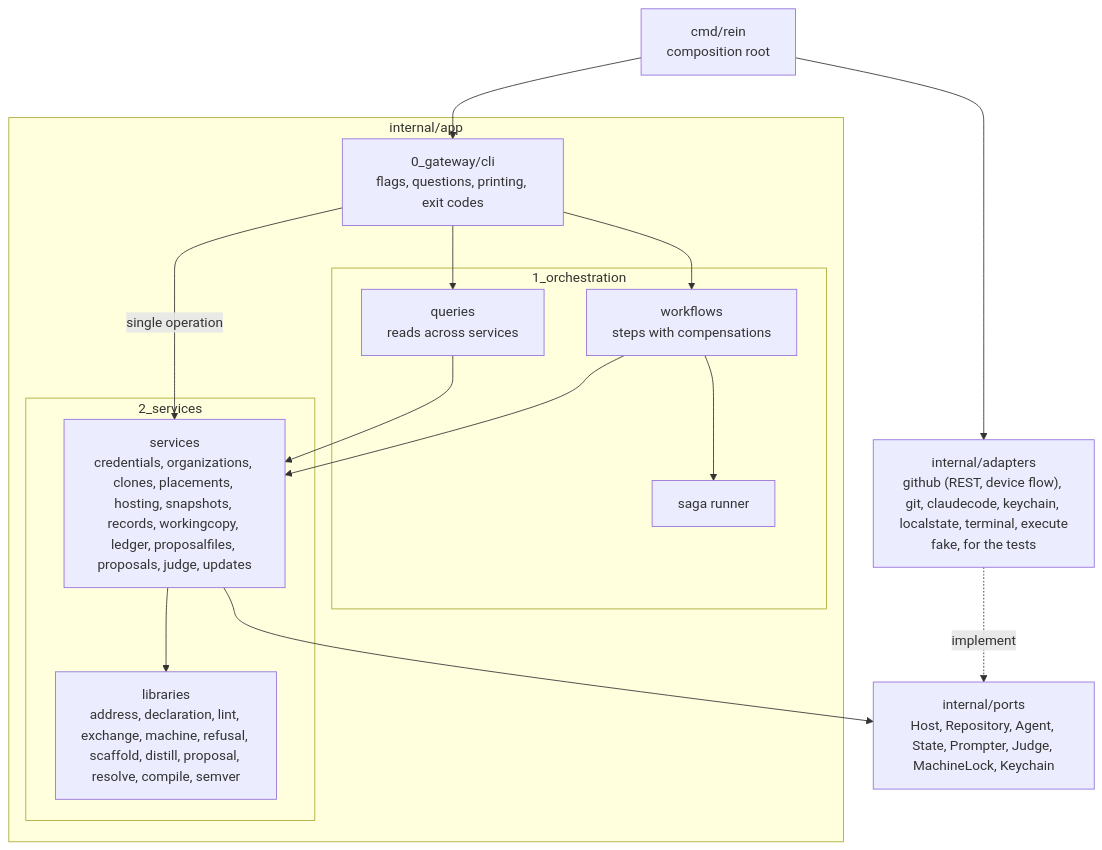
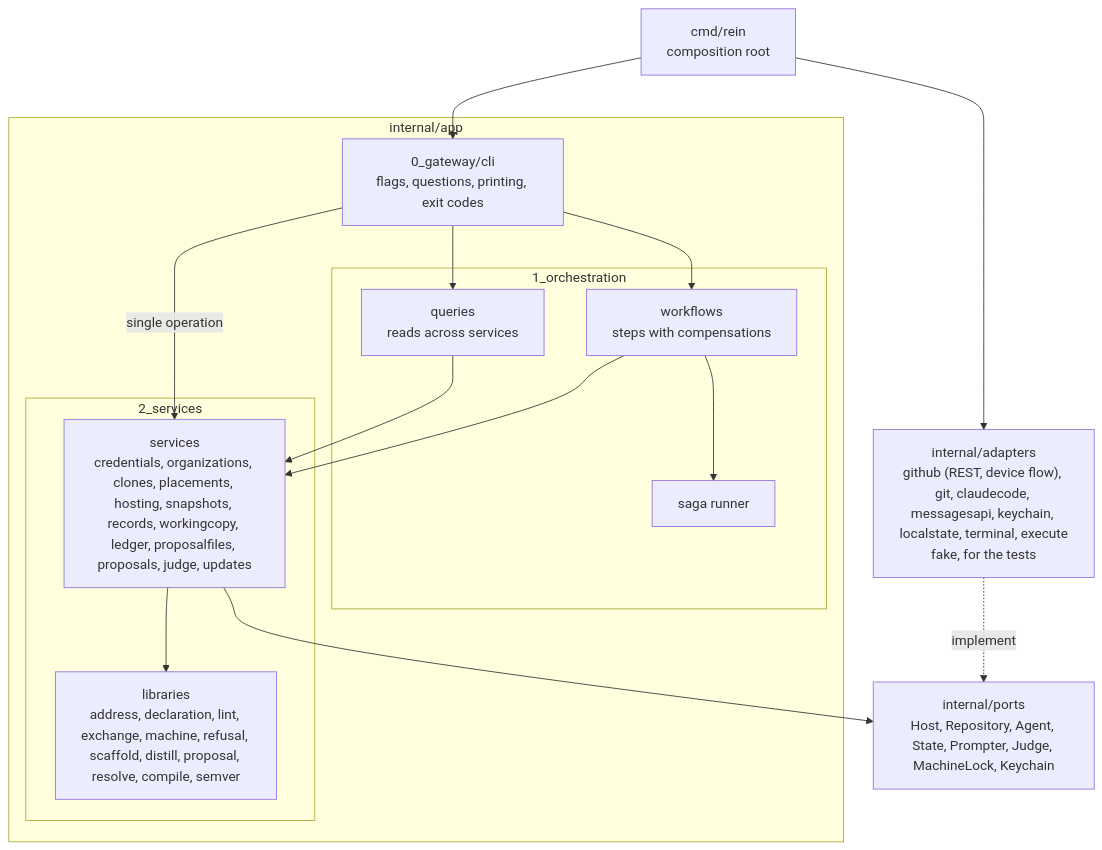
One commit to Danidani23/agents-rein changed the diagram in docs/architecture.md. Above: the diagram before and after it, drawn with Mermaid. The commit also changed 17 other files, not shown here.

````diff
--- a/docs/architecture.md
+++ b/docs/architecture.md
@@ -18,30 +18,30 @@
 ```mermaid
 flowchart TB
     main["cmd/rein<br/>composition root"]
     subgraph app["internal/app"]
         gateway["0_gateway/cli<br/>flags, questions, printing, exit codes"]
         subgraph orchestration["1_orchestration"]
             workflows["workflows<br/>steps with compensations"]
             queries["queries<br/>reads across services"]
             runner["saga runner"]
         end
         subgraph services["2_services"]
             svc["services<br/>credentials, organizations, clones, placements, hosting, snapshots, records, workingcopy, ledger, proposalfiles, proposals, judge, updates"]
             libs["libraries<br/>address, declaration, lint, exchange, machine, refusal, scaffold, distill, proposal, resolve, compile, semver"]
         end
     end
     ports["internal/ports<br/>Host, Repository, Agent, State, Prompter, Judge, MachineLock, Keychain"]
-    adapters["internal/adapters<br/>github (REST, device flow), git, claudecode, keychain, localstate, terminal, execute<br/>fake, for the tests"]
+    adapters["internal/adapters<br/>github (REST, device flow), git, claudecode, messagesapi, keychain, localstate, terminal, execute<br/>fake, for the tests"]
 
     main --> gateway
     main --> adapters
     gateway --> workflows
     gateway --> queries
     gateway -- "single operation" --> svc
     workflows --> runner
     workflows --> svc
     queries --> svc
     svc --> ports
     svc --> libs
     adapters -. implement .-> ports
 ```
````
